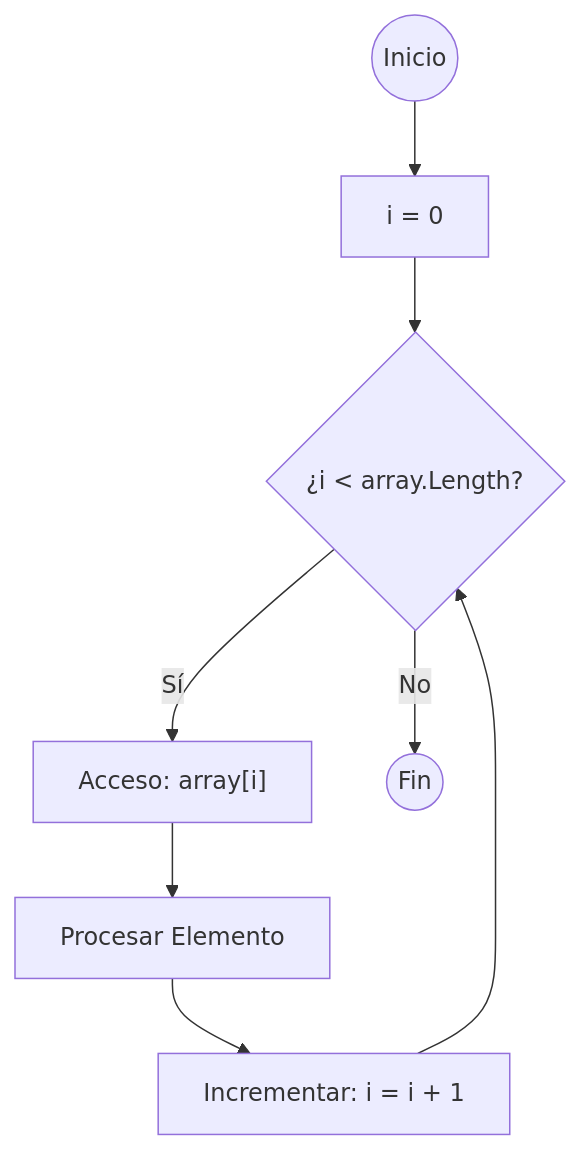
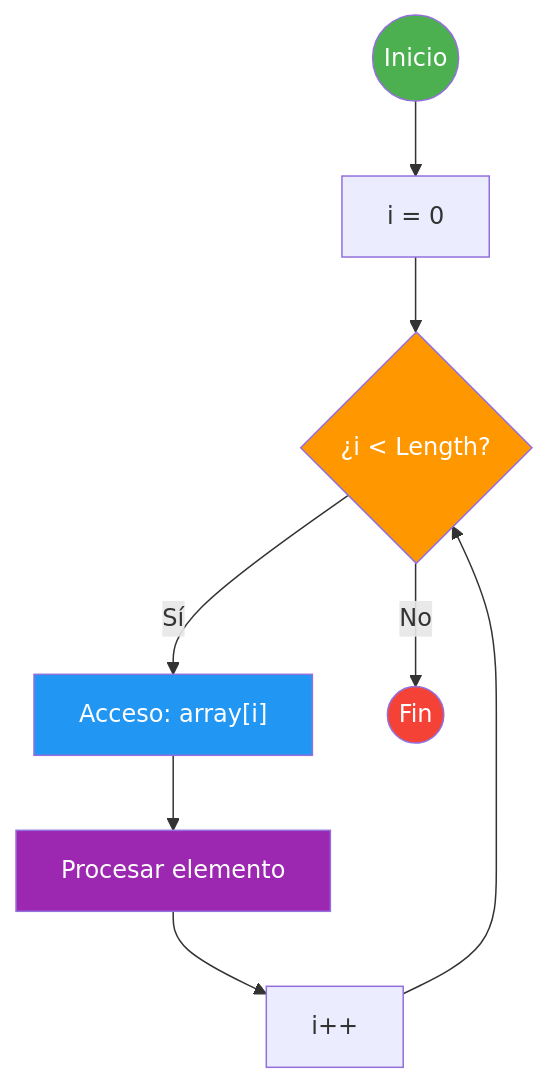
One commit to joseluisgs/Programacion-03-2026-2027 changed the first of 4 diagrams in 02-arrays-unidimensionales.md. Above: the diagram before and after it, drawn with Mermaid. The commit also changed other lines of this file and 7 other files, not shown here.

````diff
--- a/02-arrays-unidimensionales.md
+++ b/02-arrays-unidimensionales.md
@@ -91,10 +105,15 @@
 ```mermaid
 graph TD
-    Start((Inicio)) --> Init[i = 0]
-    Init --> Cond{¿i < array.Length?}
-    Cond -- Sí --> Access["Acceso: array[i]"]
-    Access --> Process[Procesar Elemento]
-    Process --> Inc[Incrementar: i = i + 1]
-    Inc --> Cond
-    Cond -- No --> End((Fin))
+    START(("Inicio")) --> INIT["i = 0"]
+    INIT --> COND{"¿i < Length?"}
+    COND -->|"Sí"| ACCESO["Acceso: array[i]"]
+    ACCESO --> PROCESO["Procesar elemento"]
+    PROCESO --> INC["i++"]
+    INC --> COND
+    COND -->|"No"| FIN(("Fin"))
+    style START fill:#4CAF50,color:#fff
+    style FIN fill:#f44336,color:#fff
+    style COND fill:#FF9800,color:#fff
+    style ACCESO fill:#2196F3,color:#fff
+    style PROCESO fill:#9C27B0,color:#fff
 ```
````
